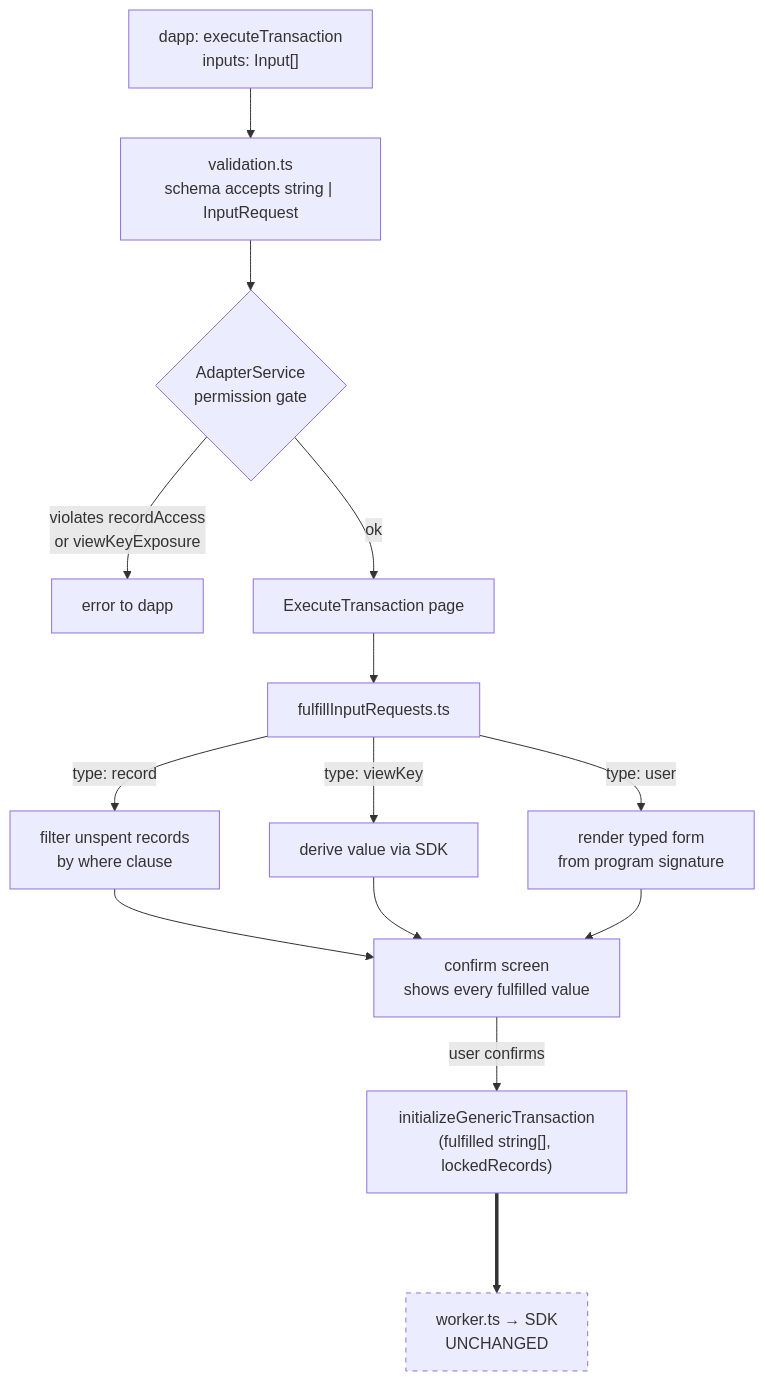
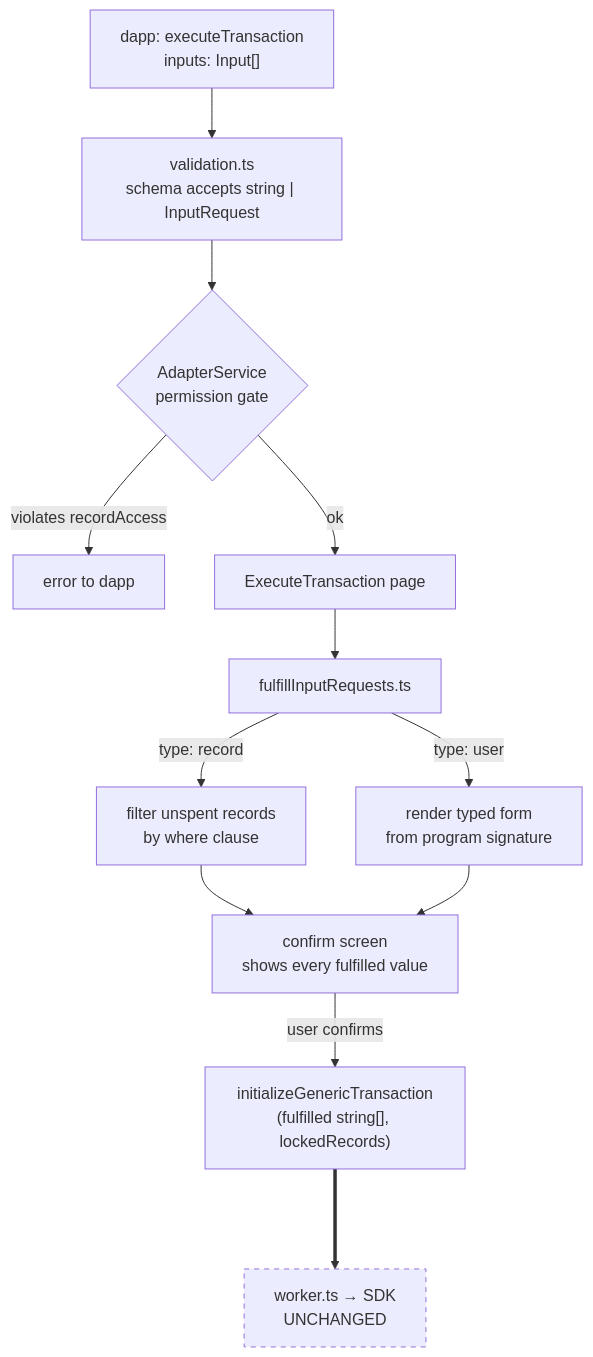
One commit to ProvableHQ/aleo-dev-toolkit changed the diagram in docs/adapter-privacy-extension.md. Above: the diagram before and after it, drawn with Mermaid. The commit also changed other lines of this file and 12 other files, not shown here.

First line of the commit message:
Remove view-key-as-input feature

````diff
--- a/docs/adapter-privacy-extension.md
+++ b/docs/adapter-privacy-extension.md
@@ -163,19 +159,17 @@
 ```mermaid
 flowchart TD
   A["dapp: executeTransaction<br/>inputs: Input[]"] --> B["validation.ts<br/>schema accepts string | InputRequest"]
   B --> C{"AdapterService<br/>permission gate"}
-  C -- "violates recordAccess<br/>or viewKeyExposure" --> X["error to dapp"]
+  C -- "violates recordAccess" --> X["error to dapp"]
   C -- ok --> D["ExecuteTransaction page"]
   D --> R["fulfillInputRequests.ts"]
   R -- "type: record" --> R1["filter unspent records<br/>by where clause"]
-  R -- "type: viewKey" --> R2["derive value via SDK"]
   R -- "type: user" --> R3["render typed form<br/>from program signature"]
   R1 --> F["confirm screen<br/>shows every fulfilled value"]
-  R2 --> F
   R3 --> F
   F -- user confirms --> G["initializeGenericTransaction<br/>(fulfilled string[], lockedRecords)"]
   G ===> H["worker.ts → SDK<br/>UNCHANGED"]
 
   classDef boundary stroke-dasharray: 5 5;
   class H boundary;
 ```
````
